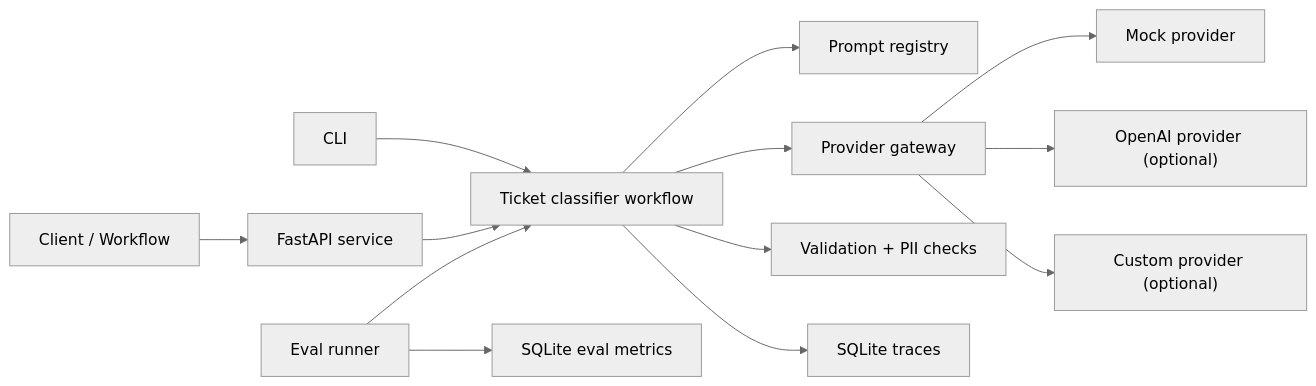
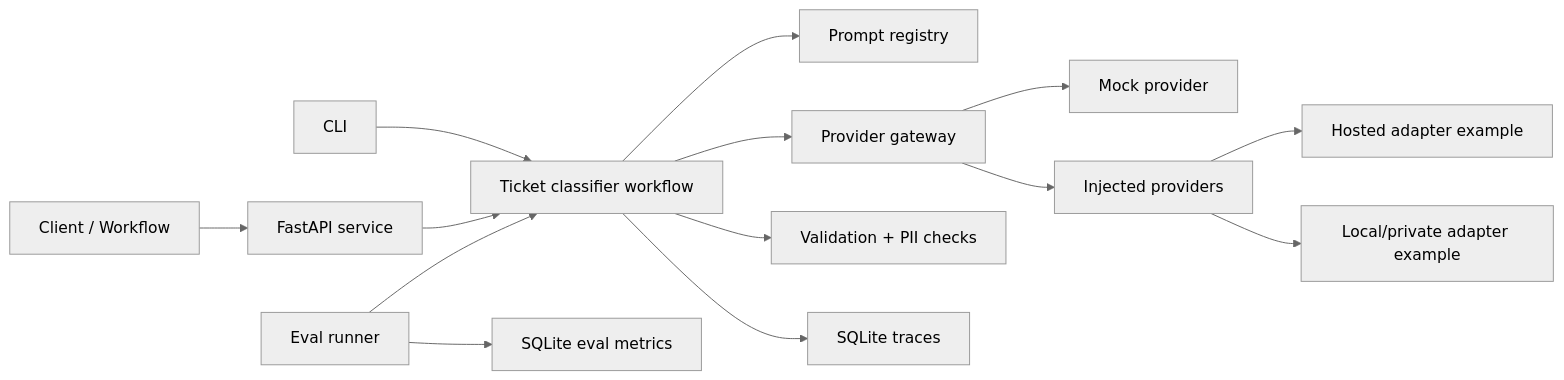
The diagram in platform/README.md (tserd-io/blacklight), drawn with Mermaid (neutral theme) before and after one commit. The commit also changed other lines of this file and 21 other files, not shown here.

````diff
--- a/platform/README.md
+++ b/platform/README.md
@@ -337,15 +359,16 @@
 ```mermaid
 flowchart LR
     Client["Client / Workflow"] --> API["FastAPI service"]
     CLI["CLI"] --> Workflow["Ticket classifier workflow"]
     API --> Workflow
     Workflow --> Prompts["Prompt registry"]
     Workflow --> Gateway["Provider gateway"]
     Gateway --> Mock["Mock provider"]
-    Gateway --> OpenAI["OpenAI provider (optional)"]
-    Gateway --> Custom["Custom provider (optional)"]
+    Gateway --> Injected["Injected providers"]
+    Injected --> Hosted["Hosted adapter example"]
+    Injected --> Local["Local/private adapter example"]
     Workflow --> Guardrails["Validation + PII checks"]
     Workflow --> Traces["SQLite traces"]
     Evals["Eval runner"] --> Workflow
     Evals --> EvalStore["SQLite eval metrics"]
 ```
````
